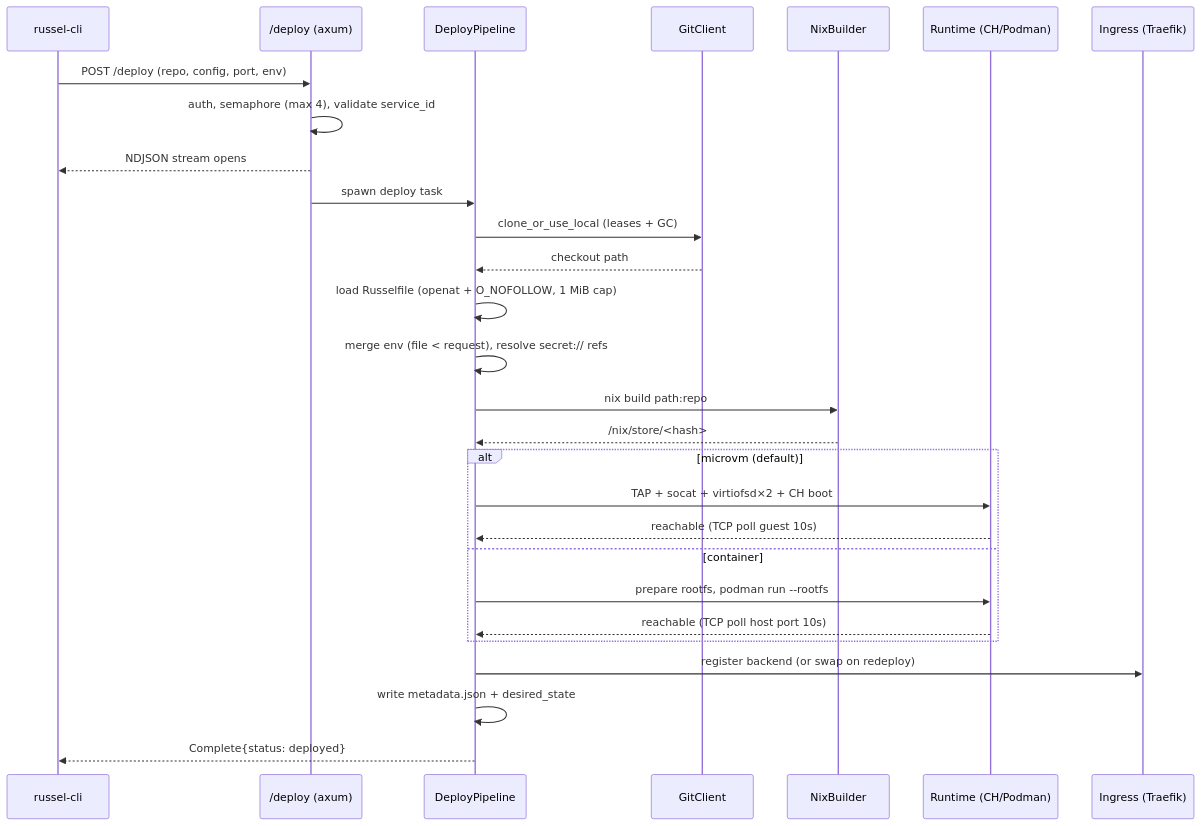
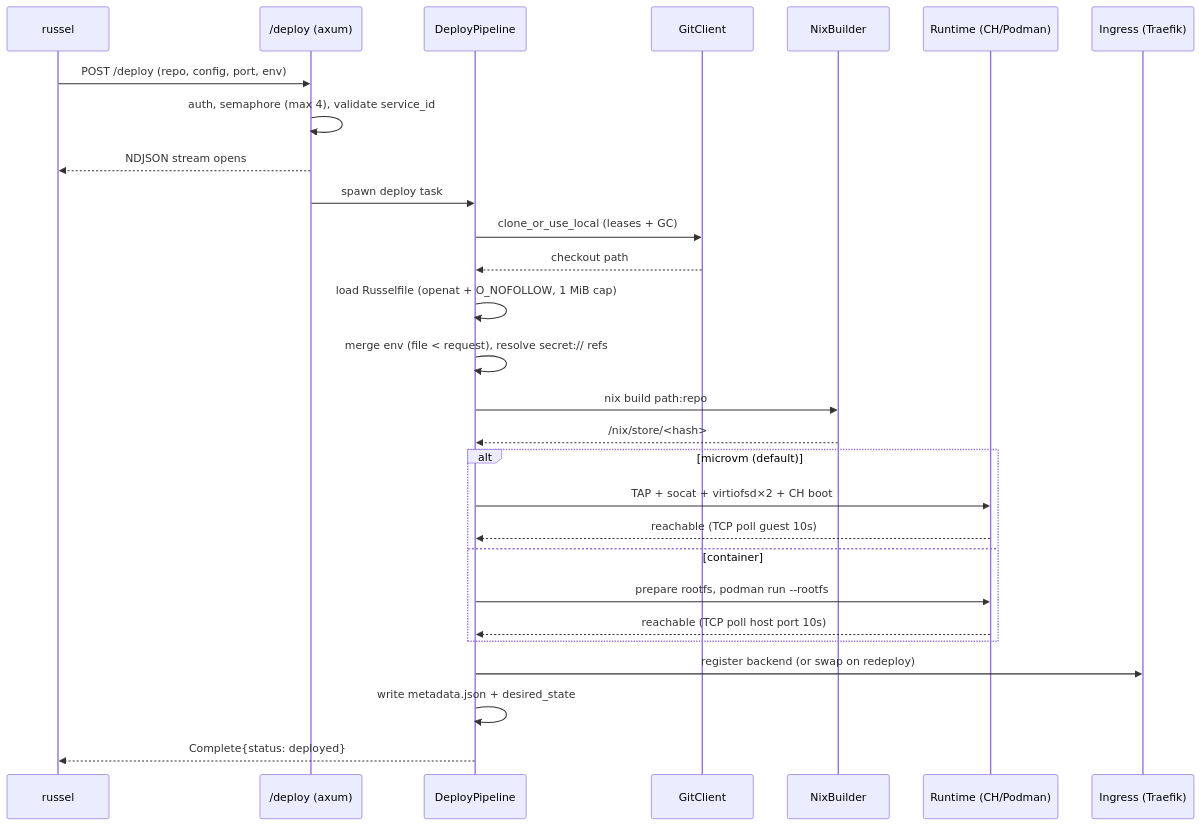
One commit to daschinmoy21/russel changed the second of 8 diagrams in docs/architecture.md. Above: the diagram before and after it, drawn with Mermaid. The commit also changed other lines of this file and 27 other files, not shown here.

First line of the commit message:
chore: sync CLI login, russel command, and install docs

````diff
--- a/docs/architecture.md
+++ b/docs/architecture.md
@@ -84,31 +84,31 @@
 ```mermaid
 sequenceDiagram
-    participant U as russel-cli
+    participant U as russel
     participant A as /deploy (axum)
     participant P as DeployPipeline
     participant G as GitClient
     participant B as NixBuilder
     participant R as Runtime (CH/Podman)
     participant I as Ingress (Traefik)
 
     U->>A: POST /deploy (repo, config, port, env)
     A->>A: auth, semaphore (max 4), validate service_id
     A-->>U: NDJSON stream opens
     A->>P: spawn deploy task
     P->>G: clone_or_use_local (leases + GC)
     G-->>P: checkout path
     P->>P: load Russelfile (openat + O_NOFOLLOW, 1 MiB cap)
     P->>P: merge env (file < request), resolve secret:// refs
     P->>B: nix build path:repo#packages.<sys>.default
     B-->>P: /nix/store/<hash>
     alt microvm (default)
         P->>R: TAP + socat + virtiofsd×2 + CH boot
         R-->>P: reachable (TCP poll guest 10s)
     else container
         P->>R: prepare rootfs, podman run --rootfs
         R-->>P: reachable (TCP poll host port 10s)
     end
     P->>I: register backend (or swap on redeploy)
     P->>P: write metadata.json + desired_state
     P-->>U: Complete{status: deployed}
 ```
````
